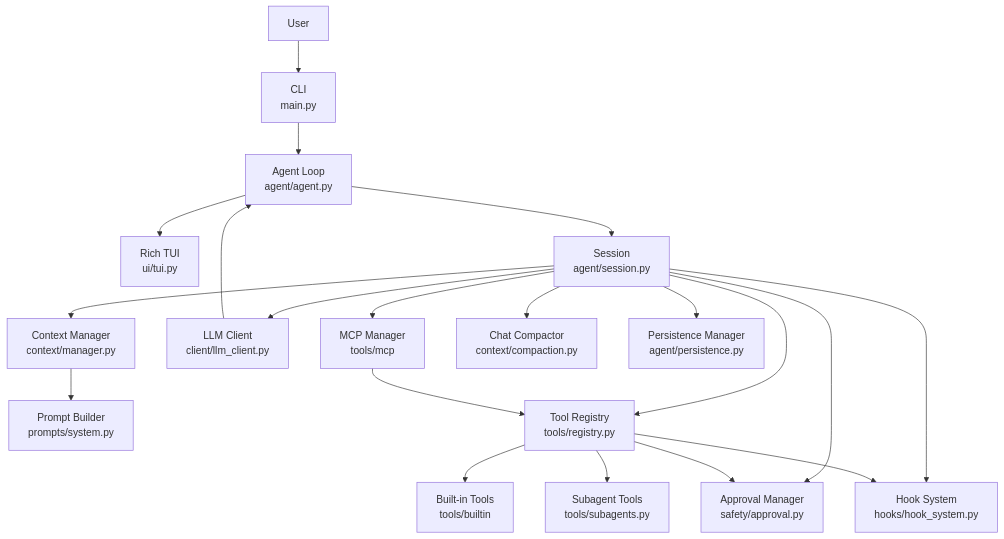
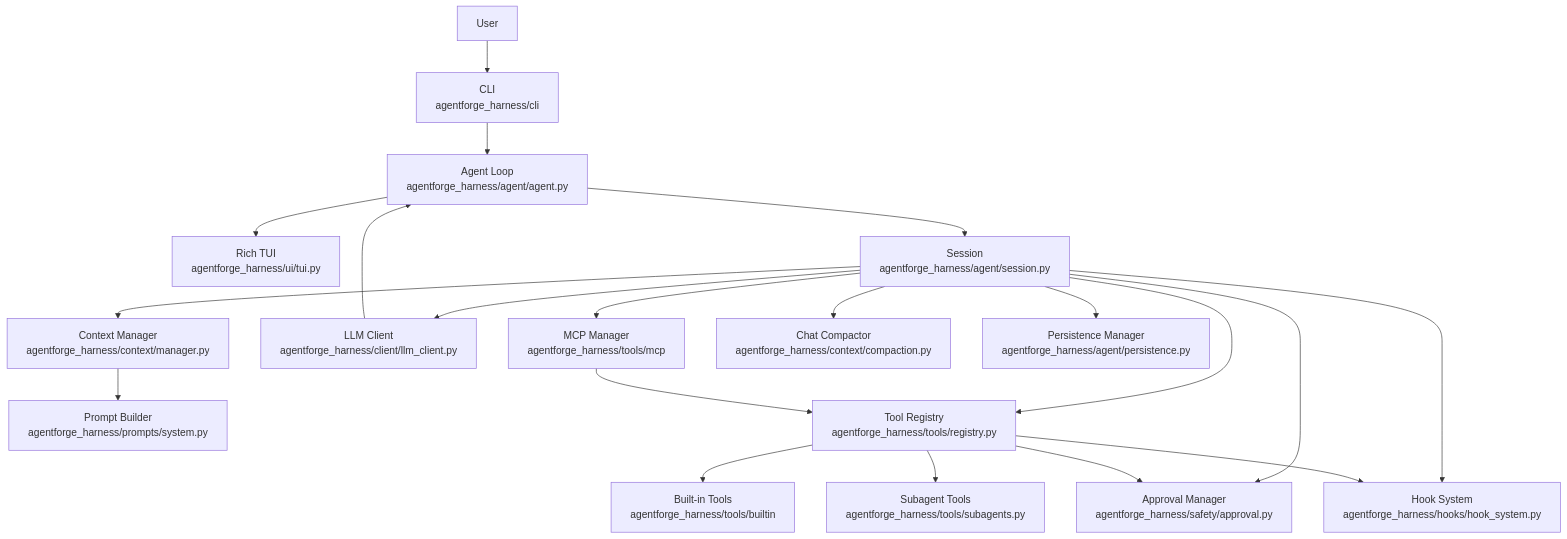
The first of 5 diagrams in README.MD (MohitGoyal09/AgentForge), drawn with Mermaid before and after one commit. The commit also changed other lines of this file and 129 other files, not shown here.

````diff
--- a/README.MD
+++ b/README.MD
@@ -28,42 +45,42 @@
 ```mermaid
 flowchart TB
     accTitle: AgentForge System Architecture
     accDescr: The CLI sends user messages to the agent session. The session owns model access, context, tools, MCP clients, safety checks, hooks, and UI events.
 
     user["User"]
-    cli["CLI<br/>main.py"]
-    tui["Rich TUI<br/>ui/tui.py"]
-    agent["Agent Loop<br/>agent/agent.py"]
-    session["Session<br/>agent/session.py"]
-    context["Context Manager<br/>context/manager.py"]
-    prompts["Prompt Builder<br/>prompts/system.py"]
-    client["LLM Client<br/>client/llm_client.py"]
-    registry["Tool Registry<br/>tools/registry.py"]
-    tools["Built-in Tools<br/>tools/builtin"]
-    mcp["MCP Manager<br/>tools/mcp"]
-    approvals["Approval Manager<br/>safety/approval.py"]
-    hooks["Hook System<br/>hooks/hook_system.py"]
-    compaction["Chat Compactor<br/>context/compaction.py"]
-    persistence["Persistence Manager<br/>agent/persistence.py"]
-    subagents["Subagent Tools<br/>tools/subagents.py"]
+    cli["CLI<br/>agentforge_harness/cli"]
+    tui["Rich TUI<br/>agentforge_harness/ui/tui.py"]
+    agent["Agent Loop<br/>agentforge_harness/agent/agent.py"]
+    session["Session<br/>agentforge_harness/agent/session.py"]
+    context["Context Manager<br/>agentforge_harness/context/manager.py"]
+    prompts["Prompt Builder<br/>agentforge_harness/prompts/system.py"]
+    client["LLM Client<br/>agentforge_harness/client/llm_client.py"]
+    registry["Tool Registry<br/>agentforge_harness/tools/registry.py"]
+    tools["Built-in Tools<br/>agentforge_harness/tools/builtin"]
+    mcp["MCP Manager<br/>agentforge_harness/tools/mcp"]
+    approvals["Approval Manager<br/>agentforge_harness/safety/approval.py"]
+    hooks["Hook System<br/>agentforge_harness/hooks/hook_system.py"]
+    compaction["Chat Compactor<br/>agentforge_harness/context/compaction.py"]
+    persistence["Persistence Manager<br/>agentforge_harness/agent/persistence.py"]
+    subagents["Subagent Tools<br/>agentforge_harness/tools/subagents.py"]
 
     user --> cli
     cli --> agent
     agent --> session
     agent --> tui
     session --> context
     context --> prompts
     session --> client
     session --> registry
     session --> mcp
     session --> approvals
     session --> hooks
     session --> compaction
     session --> persistence
     registry --> tools
     registry --> subagents
     mcp --> registry
     registry --> approvals
     registry --> hooks
     client --> agent
 ```
````
